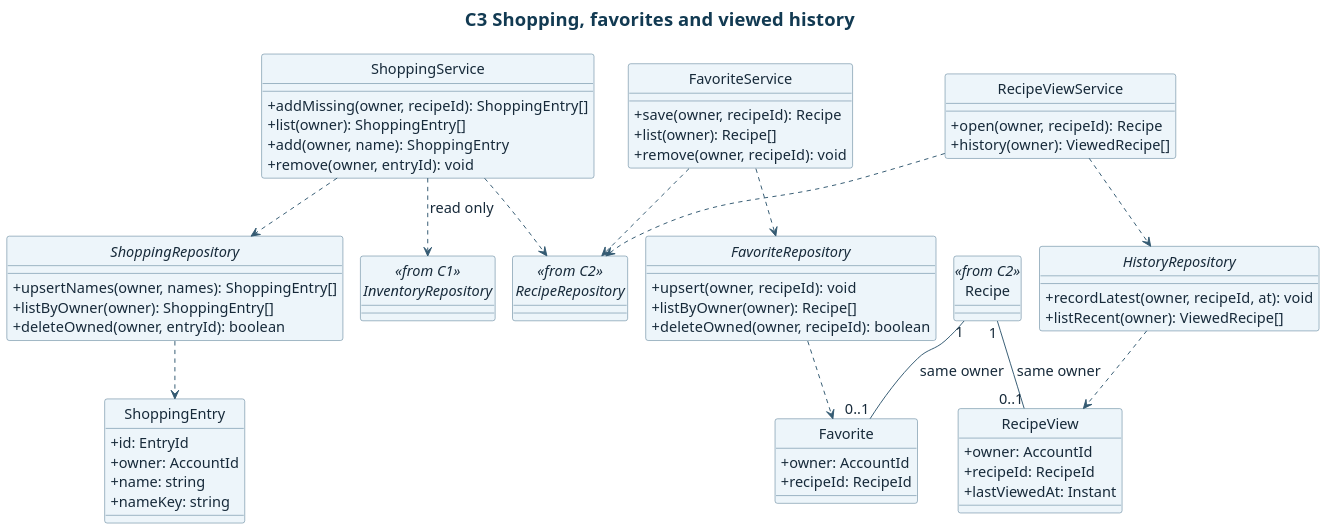
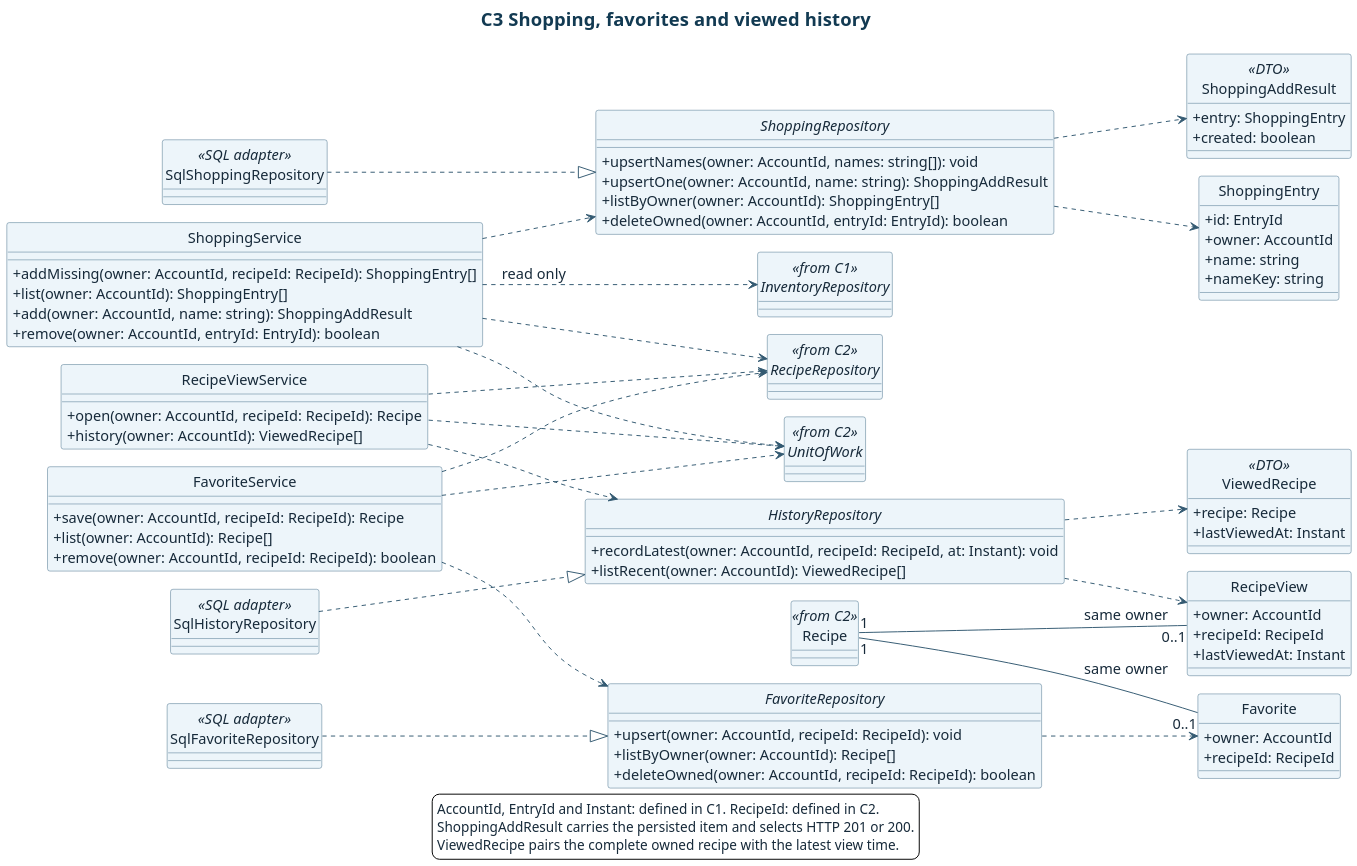
One commit to SarpCizer/CMPE331-Project changed the diagram in docs/design/class/personal-collections.puml. Above: the diagram before and after it, drawn with PlantUML. The commit also changed 5 other files, not shown here.

```diff
--- a/docs/design/class/personal-collections.puml
+++ b/docs/design/class/personal-collections.puml
@@ -1,83 +1,112 @@
 @startuml
 title C3  Shopping, favorites and viewed history
 skinparam backgroundColor #FFFFFF
 skinparam defaultFontName Arial
 skinparam defaultFontColor #172A3A
 skinparam defaultFontSize 15
 skinparam ArrowColor #345A72
 skinparam Shadowing false
 skinparam dpi 150
 skinparam TitleFontColor #123A52
 skinparam TitleFontSize 19
 skinparam ClassBackgroundColor #EDF5FA
 skinparam ClassBorderColor #456F89
 skinparam ComponentBackgroundColor #EDF5FA
 skinparam ComponentBorderColor #456F89
 skinparam PackageBorderColor #456F89
 skinparam ParticipantBackgroundColor #E6F4F0
 skinparam ParticipantBorderColor #417364
 skinparam SequenceGroupBackgroundColor #EDF5FA
 skinparam SequenceGroupBorderColor #617C8D
 !pragma layout smetana
+left to right direction
 hide circle
 skinparam classAttributeIconSize 0
+skinparam nodesep 30
 class ShoppingService {
-  +addMissing(owner, recipeId): ShoppingEntry[]
-  +list(owner): ShoppingEntry[]
-  +add(owner, name): ShoppingEntry
-  +remove(owner, entryId): void
+  +addMissing(owner: AccountId, recipeId: RecipeId): ShoppingEntry[]
+  +list(owner: AccountId): ShoppingEntry[]
+  +add(owner: AccountId, name: string): ShoppingAddResult
+  +remove(owner: AccountId, entryId: EntryId): boolean
 }
 class FavoriteService {
-  +save(owner, recipeId): Recipe
-  +list(owner): Recipe[]
-  +remove(owner, recipeId): void
+  +save(owner: AccountId, recipeId: RecipeId): Recipe
+  +list(owner: AccountId): Recipe[]
+  +remove(owner: AccountId, recipeId: RecipeId): boolean
 }
 class RecipeViewService {
-  +open(owner, recipeId): Recipe
-  +history(owner): ViewedRecipe[]
+  +open(owner: AccountId, recipeId: RecipeId): Recipe
+  +history(owner: AccountId): ViewedRecipe[]
 }
 interface ShoppingRepository {
-  +upsertNames(owner, names): ShoppingEntry[]
-  +listByOwner(owner): ShoppingEntry[]
-  +deleteOwned(owner, entryId): boolean
+  +upsertNames(owner: AccountId, names: string[]): void
+  +upsertOne(owner: AccountId, name: string): ShoppingAddResult
+  +listByOwner(owner: AccountId): ShoppingEntry[]
+  +deleteOwned(owner: AccountId, entryId: EntryId): boolean
 }
 interface FavoriteRepository {
-  +upsert(owner, recipeId): void
-  +listByOwner(owner): Recipe[]
-  +deleteOwned(owner, recipeId): boolean
+  +upsert(owner: AccountId, recipeId: RecipeId): void
+  +listByOwner(owner: AccountId): Recipe[]
+  +deleteOwned(owner: AccountId, recipeId: RecipeId): boolean
 }
 interface HistoryRepository {
-  +recordLatest(owner, recipeId, at): void
-  +listRecent(owner): ViewedRecipe[]
+  +recordLatest(owner: AccountId, recipeId: RecipeId, at: Instant): void
+  +listRecent(owner: AccountId): ViewedRecipe[]
 }
 class ShoppingEntry {
   +id: EntryId
   +owner: AccountId
   +name: string
   +nameKey: string
+}
+class ShoppingAddResult <<DTO>> {
+  +entry: ShoppingEntry
+  +created: boolean
 }
 class Favorite {
   +owner: AccountId
   +recipeId: RecipeId
 }
 class RecipeView {
   +owner: AccountId
   +recipeId: RecipeId
   +lastViewedAt: Instant
 }
+class ViewedRecipe <<DTO>> {
+  +recipe: Recipe
+  +lastViewedAt: Instant
+}
 class Recipe <<from C2>>
 interface RecipeRepository <<from C2>>
 interface InventoryRepository <<from C1>>
+interface UnitOfWork <<from C2>>
+class SqlShoppingRepository <<SQL adapter>>
+class SqlFavoriteRepository <<SQL adapter>>
+class SqlHistoryRepository <<SQL adapter>>
+SqlShoppingRepository ..|> ShoppingRepository
+SqlFavoriteRepository ..|> FavoriteRepository
+SqlHistoryRepository ..|> HistoryRepository
 ShoppingService ..> ShoppingRepository
 ShoppingService ..> RecipeRepository
 ShoppingService ..> InventoryRepository : read only
+ShoppingService ..> UnitOfWork
 FavoriteService ..> FavoriteRepository
 FavoriteService ..> RecipeRepository
+FavoriteService ..> UnitOfWork
 RecipeViewService ..> HistoryRepository
 RecipeViewService ..> RecipeRepository
+RecipeViewService ..> UnitOfWork
 ShoppingRepository ..> ShoppingEntry
+ShoppingRepository ..> ShoppingAddResult
 FavoriteRepository ..> Favorite
 HistoryRepository ..> RecipeView
+HistoryRepository ..> ViewedRecipe
 Recipe "1" -- "0..1" Favorite : same owner
 Recipe "1" -- "0..1" RecipeView : same owner
+
+legend bottom
+  AccountId, EntryId and Instant: defined in C1. RecipeId: defined in C2.
+  ShoppingAddResult carries the persisted item and selects HTTP 201 or 200.
+  ViewedRecipe pairs the complete owned recipe with the latest view time.
+endlegend
 @enduml
```
